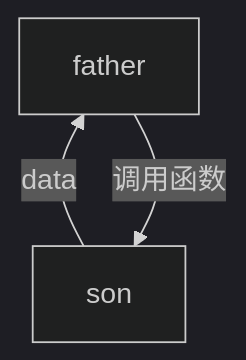
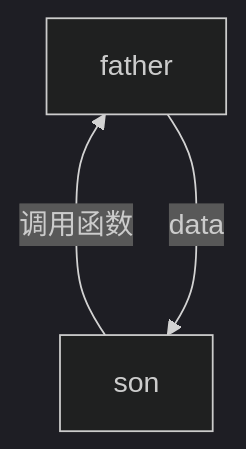
One commit to yclkk/csKnowledge changed the second of 4 diagrams in cs/react.md. Above: the diagram before and after it, drawn with Mermaid (dark theme). The commit also changed other lines of this file, not shown here.

````diff
--- a/cs/react.md
+++ b/cs/react.md
@@ -612,5 +612,5 @@
 ```mermaid
 flowchart BT;
-A[father] --data--> B[son]
-B[father] --调用函数--> A[son]
+A[father] --调用函数---> B[son]
+B[father] --data--> A[son]
 ```
````
